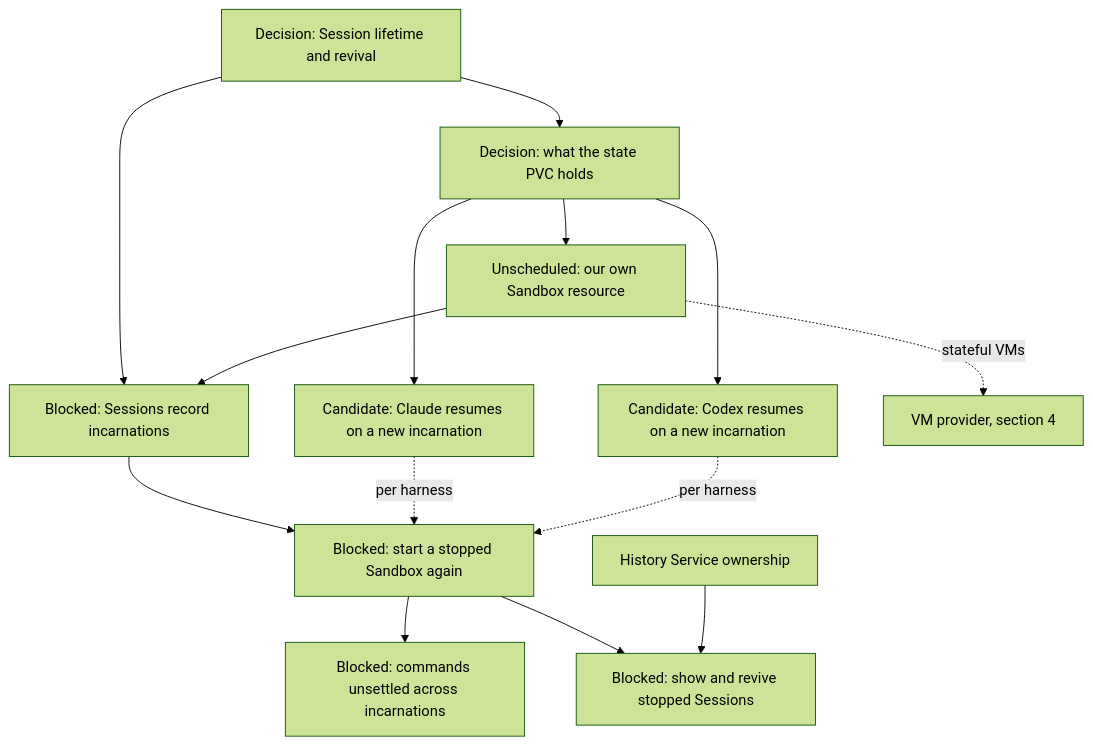
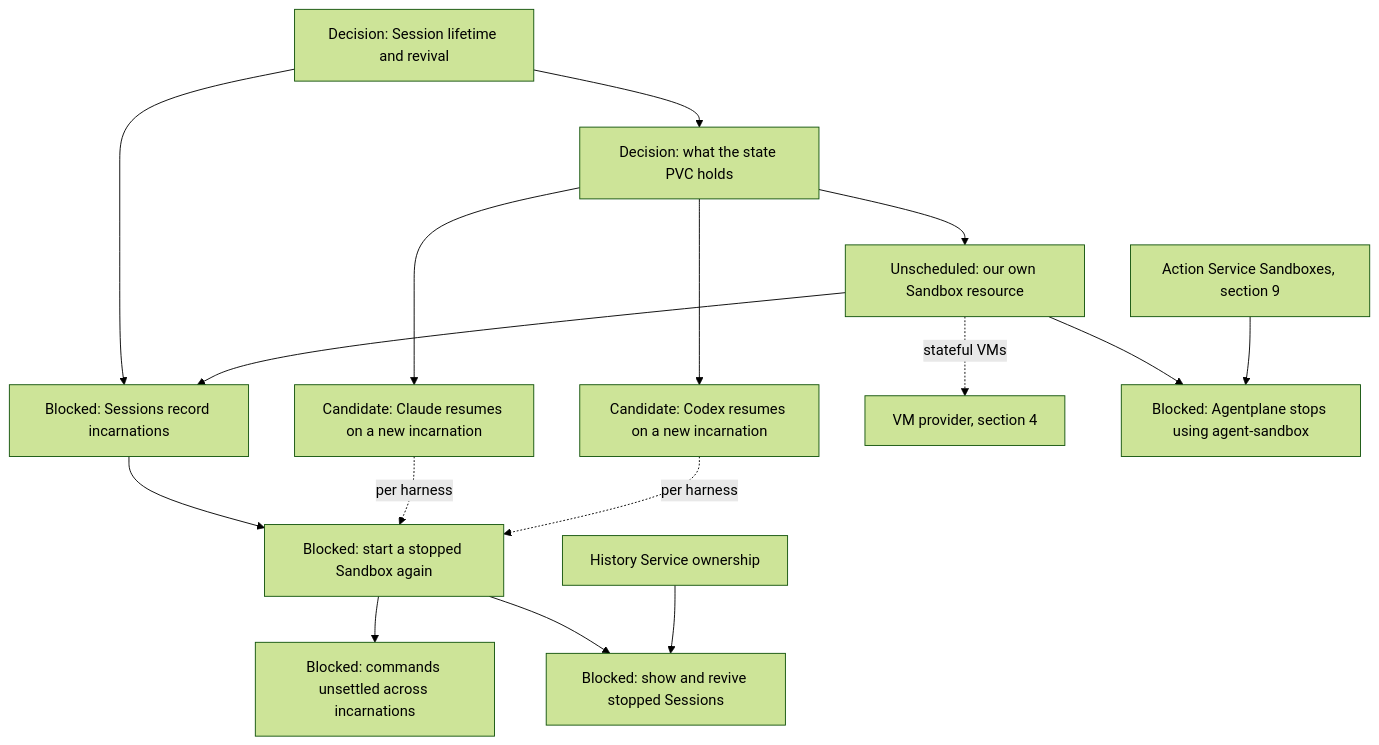
One commit to agentydragon-agent/ducktape changed the tenth of 14 diagrams in agentplane/plans/task_dag.md. Above: the diagram before and after it, drawn with Mermaid (forest theme). The commit also changed other lines of this file and 1 other file, not shown here.

````diff
--- a/agentplane/plans/task_dag.md
+++ b/agentplane/plans/task_dag.md
@@ -651,27 +663,29 @@
 ```mermaid
 flowchart TD
     DURABLE_SESSION_LIFECYCLE[Decision: Session lifetime and revival]
     SESSION_STATE_VOLUME_DESIGN[Decision: what the state PVC holds]
     AGENTPLANE_SANDBOX_RESOURCE[Unscheduled: our own Sandbox resource]
     CLAUDE_PORTABLE_STATE[Candidate: Claude resumes on a new incarnation]
     CODEX_PORTABLE_STATE[Candidate: Codex resumes on a new incarnation]
     SESSION_INCARNATIONS[Blocked: Sessions record incarnations]
     SESSION_REVIVE[Blocked: start a stopped Sandbox again]
     THREAD_SUCCESSOR_DELIVERY[Blocked: commands unsettled across incarnations]
     HOSTED_THREAD_SURFACES[Blocked: show and revive stopped Sessions]
     HISTORY_SERVICE_OWNERSHIP[History Service ownership]
     VM_PROVIDER[VM provider, section 4]
     DURABLE_SESSION_LIFECYCLE --> SESSION_STATE_VOLUME_DESIGN
     DURABLE_SESSION_LIFECYCLE --> SESSION_INCARNATIONS
     SESSION_STATE_VOLUME_DESIGN --> AGENTPLANE_SANDBOX_RESOURCE
     SESSION_STATE_VOLUME_DESIGN --> CLAUDE_PORTABLE_STATE
     SESSION_STATE_VOLUME_DESIGN --> CODEX_PORTABLE_STATE
     AGENTPLANE_SANDBOX_RESOURCE --> SESSION_INCARNATIONS
+    AGENTPLANE_SANDBOX_RESOURCE --> AGENT_SANDBOX_RETIRE[Blocked: Agentplane stops using agent-sandbox]
+    ACTION_SANDBOX_PROVISIONING[Action Service Sandboxes, section 9] --> AGENT_SANDBOX_RETIRE
     AGENTPLANE_SANDBOX_RESOURCE -. stateful VMs .-> VM_PROVIDER
     SESSION_INCARNATIONS --> SESSION_REVIVE
     CLAUDE_PORTABLE_STATE -. per harness .-> SESSION_REVIVE
     CODEX_PORTABLE_STATE -. per harness .-> SESSION_REVIVE
     SESSION_REVIVE --> THREAD_SUCCESSOR_DELIVERY
     SESSION_REVIVE --> HOSTED_THREAD_SURFACES
     HISTORY_SERVICE_OWNERSHIP --> HOSTED_THREAD_SURFACES
 ```
````
